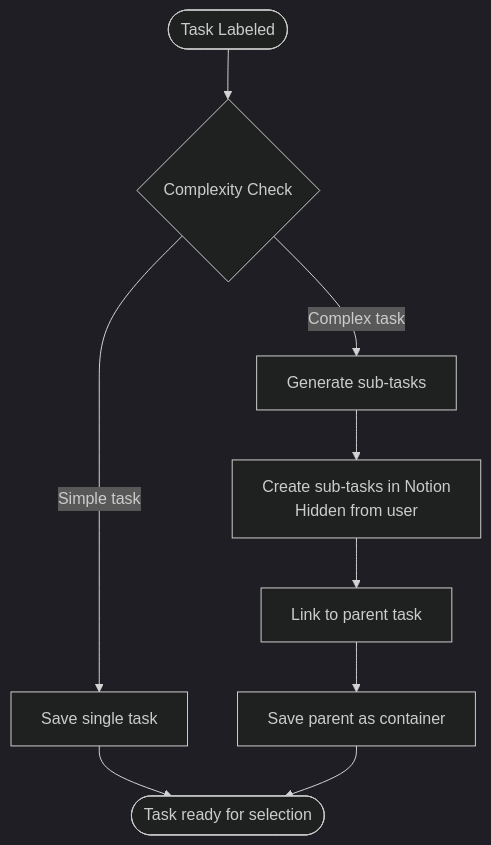
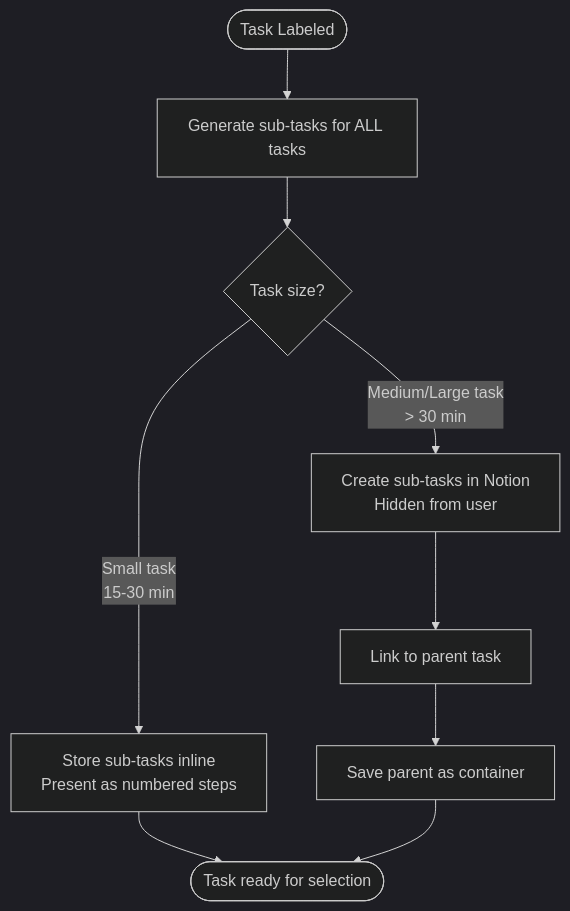
Before and after one commit to NickBorgers/hide-my-list: the fifth of 21 diagrams in docs/task-lifecycle.md, drawn with Mermaid (dark theme). The commit also changed other lines of this file and 3 other files, not shown here.

First line of the commit message:
Add proactive sub-task generation and on-demand breakdown assistance

````diff
--- a/docs/task-lifecycle.md
+++ b/docs/task-lifecycle.md
@@ -142,14 +144,14 @@
 ```mermaid
 flowchart TD
-    Labeled([Task Labeled]) --> Evaluate{Complexity Check}
+    Labeled([Task Labeled]) --> Generate[Generate sub-tasks for ALL tasks]
 
-    Evaluate -->|Simple task| SaveDirect[Save single task]
-    Evaluate -->|Complex task| Breakdown[Generate sub-tasks]
+    Generate --> Evaluate{Task size?}
 
-    Breakdown --> CreateHidden[Create sub-tasks in Notion<br/>Hidden from user]
+    Evaluate -->|Small task<br/>15-30 min| InlineSteps[Store sub-tasks inline<br/>Present as numbered steps]
+    Evaluate -->|Medium/Large task<br/>> 30 min| CreateHidden[Create sub-tasks in Notion<br/>Hidden from user]
+
+    InlineSteps --> Ready([Task ready for selection])
     CreateHidden --> LinkParent[Link to parent task]
     LinkParent --> SaveParent[Save parent as container]
-
-    SaveDirect --> Ready([Task ready for selection])
     SaveParent --> Ready
 ```
````
